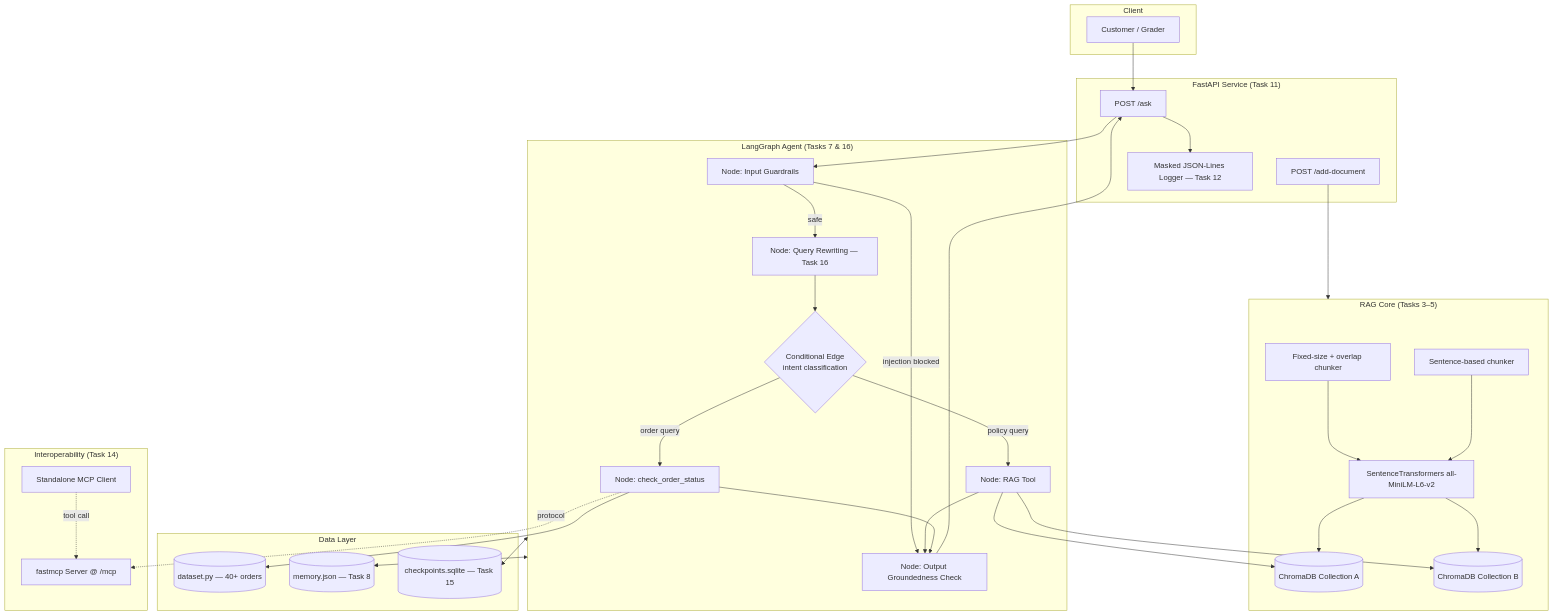
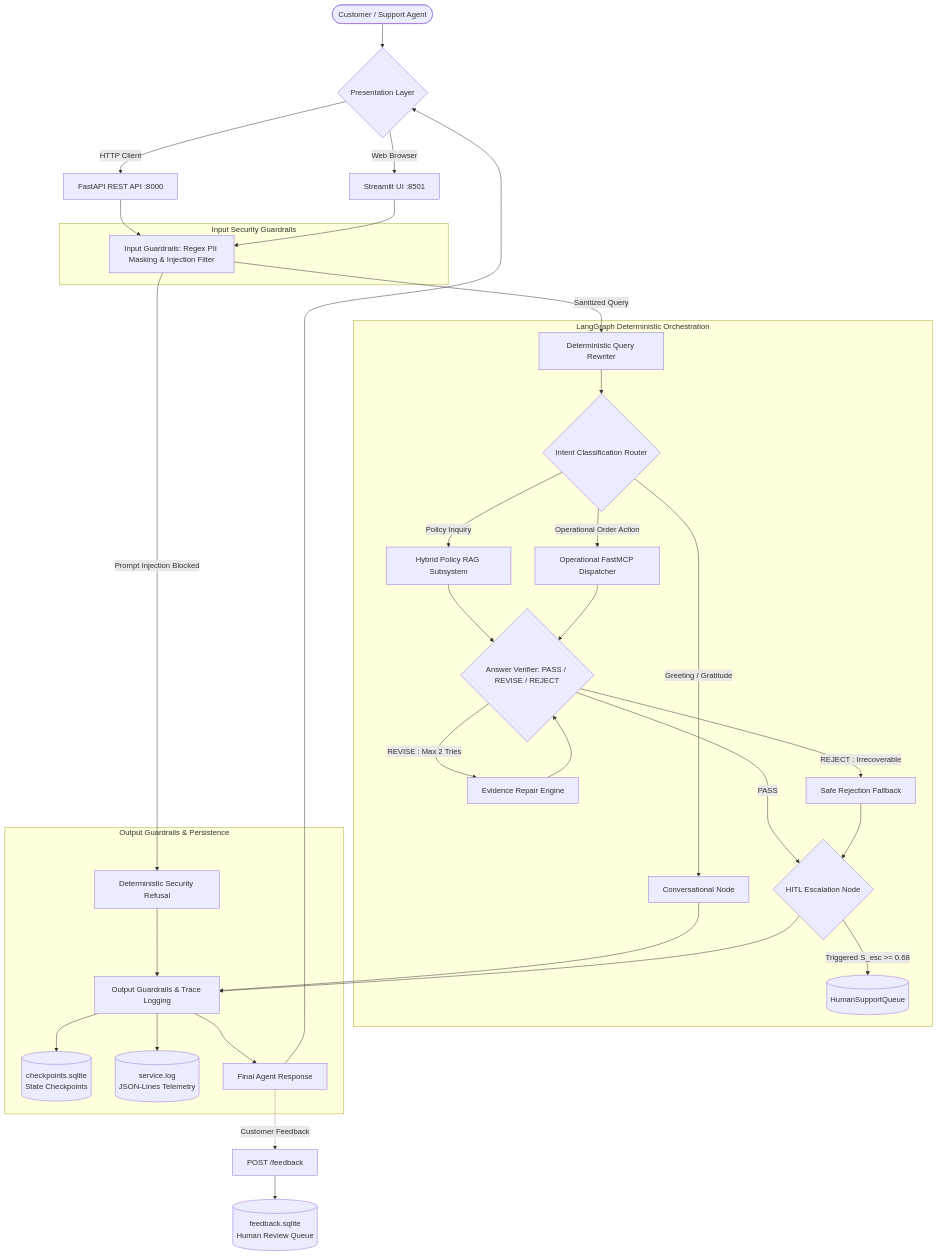
One commit to Garima09-work/E-commerce changed the first of 2 diagrams in TRD.md. Above: the diagram before and after it, drawn with Mermaid. The commit also changed other lines of this file and 14 other files, not shown here.

````diff
--- a/TRD.md
+++ b/TRD.md
@@ -5,62 +54,48 @@
 ```mermaid
-flowchart TB
-    subgraph Client
-        C[Customer / Grader]
+flowchart TD
+    User([Customer / Support Agent]) --> Presentation{Presentation Layer}
+    Presentation -->|Web Browser| Streamlit[Streamlit UI :8501]
+    Presentation -->|HTTP Client| FastAPI[FastAPI REST API :8000]
+
+    subgraph Security_Ingress [Input Security Guardrails]
+        IG[Input Guardrails: Regex PII Masking & Injection Filter]
     end
 
-    subgraph API["FastAPI Service (Task 11)"]
-        EP1[POST /ask]
-        EP2[POST /add-document]
-        LOGM[Masked JSON-Lines Logger — Task 12]
+    FastAPI --> IG
+    Streamlit --> IG
+
+    IG -->|Prompt Injection Blocked| Refusal[Deterministic Security Refusal]
+    IG -->|Sanitized Query| QR[Deterministic Query Rewriter]
+
+    subgraph LangGraph_Core [LangGraph Deterministic Orchestration]
+        QR --> Router{Intent Classification Router}
+        Router -->|Greeting / Gratitude| ConvNode[Conversational Node]
+        Router -->|Policy Inquiry| PolicyRAG[Hybrid Policy RAG Subsystem]
+        Router -->|Operational Order Action| MCPNode[Operational FastMCP Dispatcher]
+
+        PolicyRAG --> Verifier{Answer Verifier: PASS / REVISE / REJECT}
+        MCPNode --> Verifier
+
+        Verifier -->|PASS| EscNode{HITL Escalation Node}
+        Verifier -->|REVISE : Max 2 Tries| RepairEngine[Evidence Repair Engine]
+        RepairEngine --> Verifier
+        Verifier -->|REJECT : Irrecoverable| SafeReject[Safe Rejection Fallback]
+        SafeReject --> EscNode
+
+        EscNode -->|Triggered S_esc >= 0.68| SupportQueue[(HumanSupportQueue)]
     end
 
-    subgraph Orchestration["LangGraph Agent (Tasks 7 & 16)"]
-        NIN[Node: Input Guardrails]
-        NREWRITE[Node: Query Rewriting — Task 16]
-        NROUTE{Conditional Edge<br/>intent classification}
-        NRAG[Node: RAG Tool]
-        NORDER[Node: check_order_status]
-        NOUT[Node: Output Groundedness Check]
+    subgraph Security_Egress [Output Guardrails & Persistence]
+        ConvNode --> OG[Output Guardrails & Trace Logging]
+        Refusal --> OG
+        EscNode --> OG
+
+        OG --> Checkpoints[(checkpoints.sqlite<br/>State Checkpoints)]
+        OG --> Logs[(service.log<br/>JSON-Lines Telemetry)]
+        OG --> Egress[Final Agent Response]
     end
 
-    subgraph RAGCore["RAG Core (Tasks 3–5)"]
-        CH1[Fixed-size + overlap chunker]
-        CH2[Sentence-based chunker]
-        EMB[SentenceTransformers all-MiniLM-L6-v2]
-        VDB1[(ChromaDB Collection A)]
-        VDB2[(ChromaDB Collection B)]
-    end
-
-    subgraph Data["Data Layer"]
-        DS[(dataset.py — 40+ orders)]
-        MEMDB[(memory.json — Task 8)]
-        CKPT[(checkpoints.sqlite — Task 15)]
-    end
-
-    subgraph Interop["Interoperability (Task 14)"]
-        MCPS[fastmcp Server @ /mcp]
-        MCPC[Standalone MCP Client]
-    end
-
-    C --> EP1
-    EP1 --> LOGM
-    EP1 --> NIN
-    NIN -->|safe| NREWRITE
-    NIN -->|injection blocked| NOUT
-    NREWRITE --> NROUTE
-    NROUTE -->|policy query| NRAG
-    NROUTE -->|order query| NORDER
-    NRAG --> VDB1
-    NRAG --> VDB2
-    CH1 --> EMB --> VDB1
-    CH2 --> EMB --> VDB2
-    NORDER --> DS
-    NORDER -. protocol .-> MCPS
-    MCPC -. tool call .-> MCPS
-    NRAG --> NOUT
-    NORDER --> NOUT
-    NOUT --> EP1
-    Orchestration <--> MEMDB
-    Orchestration <--> CKPT
-    EP2 --> RAGCore
+    Egress --> Presentation
+    Egress -. Customer Feedback .-> FBEndpoint[POST /feedback]
+    FBEndpoint --> FBStore[(feedback.sqlite<br/>Human Review Queue)]
 ```
````
